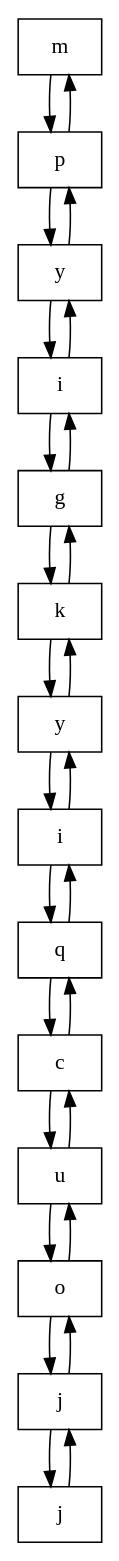
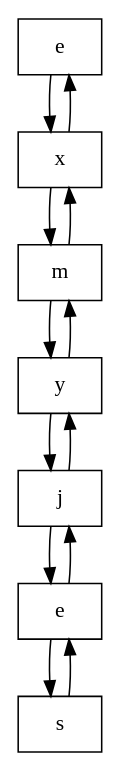
Before and after one commit to AdriGomez95/EDD_1S2020_PY1_201504236-master: the diagram in FichasDeJugador2.dot, drawn with Graphviz. The commit also changed 19 other files, not shown here.

```diff
--- a/FichasDeJugador2.dot
+++ b/FichasDeJugador2.dot
@@ -1,16 +1,9 @@
 digraph G{
-node0[shape = record,label = "m"];
-node1[shape = record,label = "p"];
-node2[shape = record,label = "y"];
-node3[shape = record,label = "i"];
-node4[shape = record,label = "g"];
-node5[shape = record,label = "k"];
-node6[shape = record,label = "y"];
-node7[shape = record,label = "i"];
-node8[shape = record,label = "q"];
-node9[shape = record,label = "c"];
-node10[shape = record,label = "u"];
-node11[shape = record,label = "o"];
-node12[shape = record,label = "j"];
-node13[shape = record,label = "j"];
-node0->node1->node2->node3->node4->node5->node6->node7->node8->node9->node10->node11->node12->node13;node13->node12->node11->node10->node9->node8->node7->node6->node5->node4->node3->node2->node1->node0;}
+node0[shape = record,label = "e"];
+node1[shape = record,label = "x"];
+node2[shape = record,label = "m"];
+node3[shape = record,label = "y"];
+node4[shape = record,label = "j"];
+node5[shape = record,label = "e"];
+node6[shape = record,label = "s"];
+node0->node1->node2->node3->node4->node5->node6;node6->node5->node4->node3->node2->node1->node0;}
```
